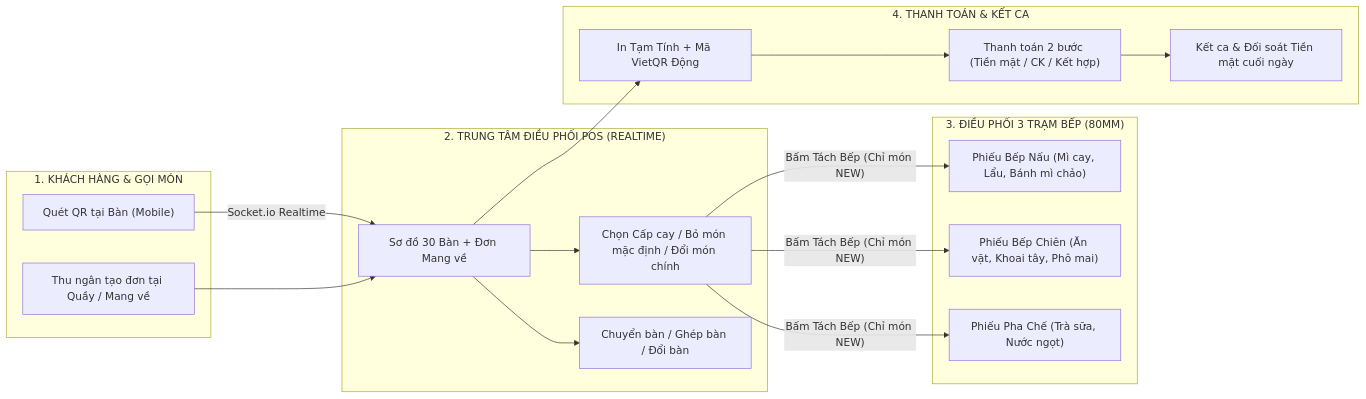
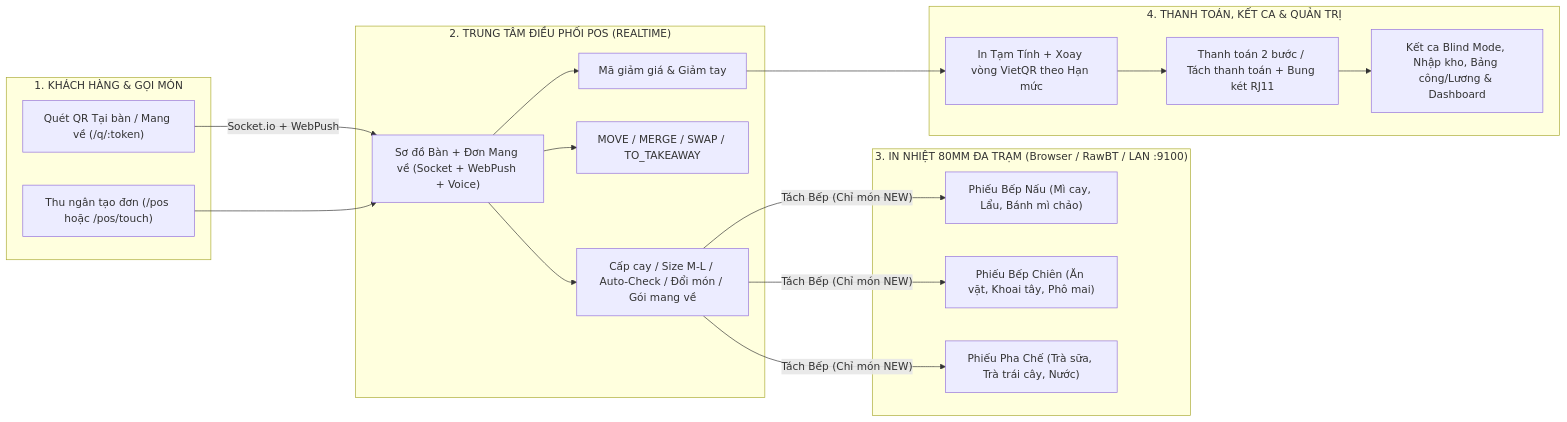
The diagram in docs/HUONG_DAN_SU_DUNG_VA_GIAI_PHAP.md (Corn-IT/fnb-spicy-noodle-system), drawn with Mermaid before and after one commit. The commit also changed other lines of this file and 24 other files, not shown here.

Commit message:
docs: sync architecture, BMAD specs, user guide, and agent rules with current codebase

````diff
--- a/docs/HUONG_DAN_SU_DUNG_VA_GIAI_PHAP.md
+++ b/docs/HUONG_DAN_SU_DUNG_VA_GIAI_PHAP.md
@@ -26,36 +28,38 @@
 ```mermaid
 flowchart LR
   subgraph KHACH["1. KHÁCH HÀNG & GỌI MÓN"]
-    QR["Quét QR tại Bàn (Mobile)"]
-    POS_ORDER["Thu ngân tạo đơn tại Quầy / Mang về"]
+    QR["Quét QR Tại bàn / Mang về (/q/:token)"]
+    POS_ORDER["Thu ngân tạo đơn (/pos hoặc /pos/touch)"]
   end
 
   subgraph QUAY_POS["2. TRUNG TÂM ĐIỀU PHỐI POS (REALTIME)"]
-    TABLE_MAP["Sơ đồ 30 Bàn + Đơn Mang về"]
-    MOD_ENGINE["Chọn Cấp cay / Bỏ món mặc định / Đổi món chính"]
-    TABLE_ACT["Chuyển bàn / Ghép bàn / Đổi bàn"]
+    TABLE_MAP["Sơ đồ Bàn + Đơn Mang về (Socket + WebPush + Voice)"]
+    MOD_ENGINE["Cấp cay / Size M-L / Auto-Check / Đổi món / Gói mang về"]
+    TABLE_ACT["MOVE / MERGE / SWAP / TO_TAKEAWAY"]
+    DISCOUNT["Mã giảm giá & Giảm tay"]
   end
 
-  subgraph BEP["3. ĐIỀU PHỐI 3 TRẠM BẾP (80MM)"]
+  subgraph BEP["3. IN NHIỆT 80MM ĐA TRẠM (Browser / RawBT / LAN :9100)"]
     BEP_NAU["Phiếu Bếp Nấu (Mì cay, Lẩu, Bánh mì chảo)"]
     BEP_CHIEN["Phiếu Bếp Chiên (Ăn vặt, Khoai tây, Phô mai)"]
-    PHA_CHE["Phiếu Pha Chế (Trà sữa, Nước ngọt)"]
+    PHA_CHE["Phiếu Pha Chế (Trà sữa, Trà trái cây, Nước)"]
   end
 
-  subgraph THU_NGAN["4. THANH TOÁN & KẾT CA"]
-    PROVISIONAL["In Tạm Tính + Mã VietQR Động"]
-    CHECKOUT["Thanh toán 2 bước (Tiền mặt / CK / Kết hợp)"]
-    CASHFLOW["Kết ca & Đối soát Tiền mặt cuối ngày"]
+  subgraph THU_NGAN["4. THANH TOÁN, KẾT CA & QUẢN TRỊ"]
+    PROVISIONAL["In Tạm Tính + Xoay vòng VietQR theo Hạn mức"]
+    CHECKOUT["Thanh toán 2 bước / Tách thanh toán + Bung két RJ11"]
+    CASHFLOW["Kết ca Blind Mode, Nhập kho, Bảng công/Lương & Dashboard"]
   end
 
-  QR -->|"Socket.io Realtime"| TABLE_MAP
+  QR -->|"Socket.io + WebPush"| TABLE_MAP
   POS_ORDER --> TABLE_MAP
   TABLE_MAP --> MOD_ENGINE
-  MOD_ENGINE -->|"Bấm Tách Bếp (Chỉ món NEW)"| BEP_NAU
-  MOD_ENGINE -->|"Bấm Tách Bếp (Chỉ món NEW)"| BEP_CHIEN
-  MOD_ENGINE -->|"Bấm Tách Bếp (Chỉ món NEW)"| PHA_CHE
+  MOD_ENGINE -->|"Tách Bếp (Chỉ món NEW)"| BEP_NAU
+  MOD_ENGINE -->|"Tách Bếp (Chỉ món NEW)"| BEP_CHIEN
+  MOD_ENGINE -->|"Tách Bếp (Chỉ món NEW)"| PHA_CHE
   TABLE_MAP --> TABLE_ACT
-  TABLE_MAP --> PROVISIONAL
+  TABLE_MAP --> DISCOUNT
+  DISCOUNT --> PROVISIONAL
   PROVISIONAL --> CHECKOUT
   CHECKOUT --> CASHFLOW
 ```
````
